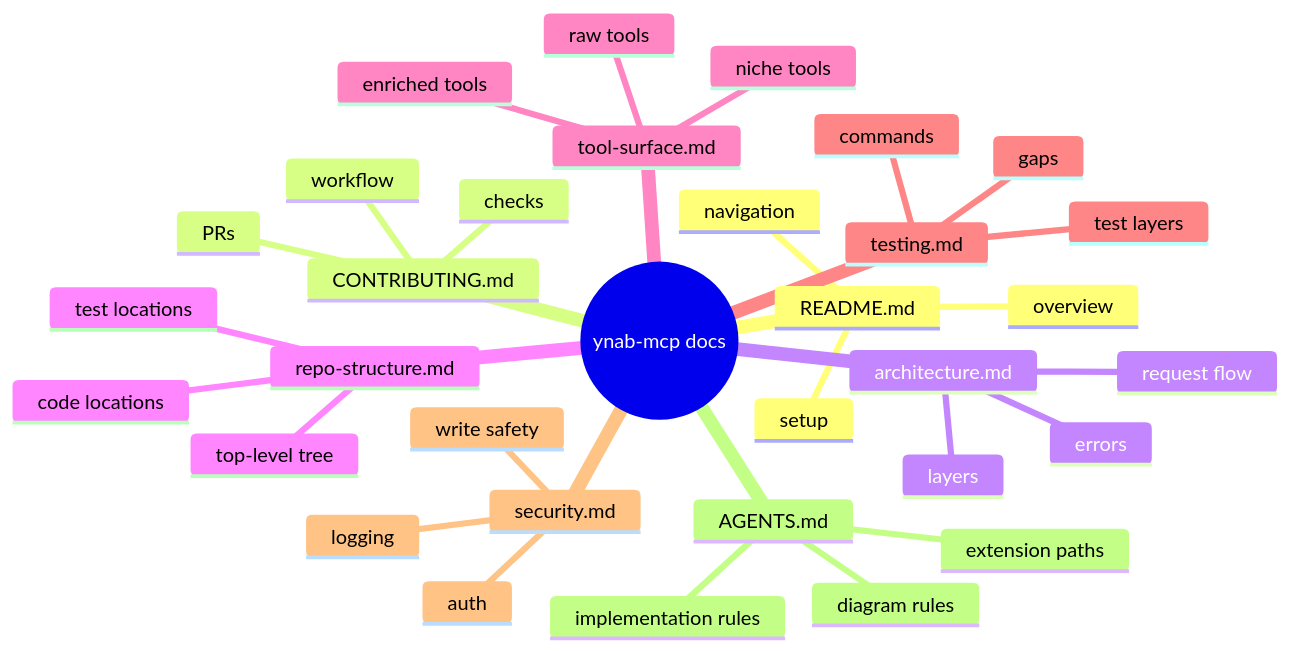
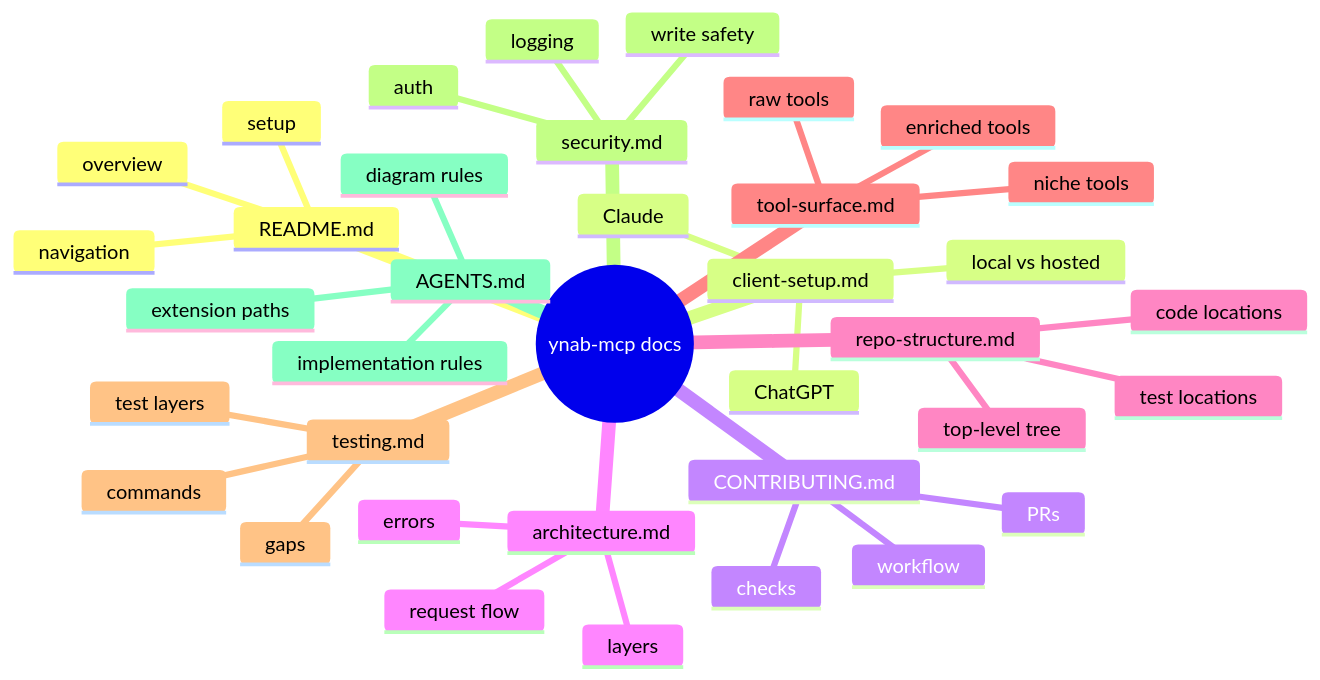
The diagram in docs/README.md (hs737/mcp-server-for-ynab), drawn with Mermaid before and after one commit. The commit also changed other lines of this file and 2 other files, not shown here.

First line of the commit message:
Update documentation to include client setup instructions and enhance README

````diff
--- a/docs/README.md
+++ b/docs/README.md
@@ -15,36 +15,40 @@
 ```mermaid
 mindmap
   root((ynab-mcp docs))
     README.md
       setup
       overview
       navigation
+    client-setup.md
+      Claude
+      ChatGPT
+      local vs hosted
     CONTRIBUTING.md
       workflow
       PRs
       checks
     architecture.md
       layers
       request flow
       errors
     repo-structure.md
       top-level tree
       code locations
       test locations
     tool-surface.md
       raw tools
       enriched tools
       niche tools
     testing.md
       test layers
       commands
       gaps
     security.md
       auth
       logging
       write safety
     AGENTS.md
       implementation rules
       extension paths
       diagram rules
 ```
````
